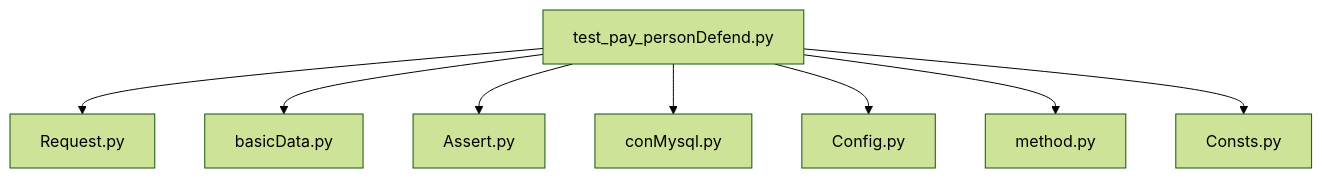
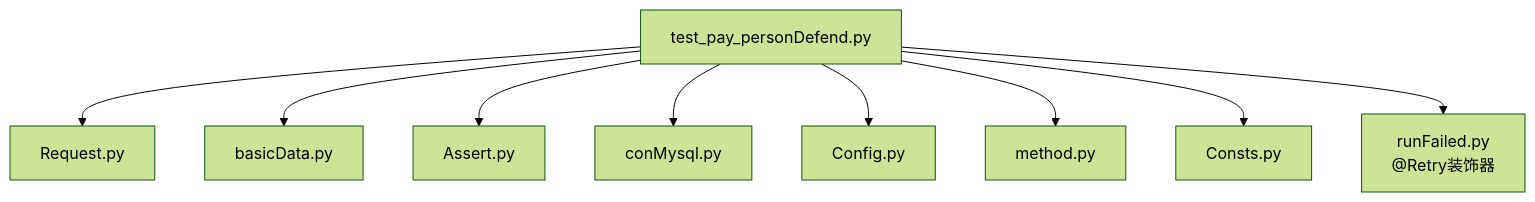
The seventh of 7 diagrams in .qoder/repowiki/zh/content/支付测试用例/房间支付测试/个人守护支付测试.md (liximing1-ola/qa-payTest), drawn with Mermaid (forest theme) before and after one commit. The commit also changed other lines of this file and 103 other files, not shown here.

````diff
--- a/.qoder/repowiki/zh/content/支付测试用例/房间支付测试/个人守护支付测试.md
+++ b/.qoder/repowiki/zh/content/支付测试用例/房间支付测试/个人守护支付测试.md
@@ -225,10 +269,11 @@
 ```mermaid
 graph TB
 TP["test_pay_personDefend.py"] --> REQ["Request.py"]
 TP --> BD["basicData.py"]
 TP --> AS["Assert.py"]
 TP --> CM["conMysql.py"]
 TP --> CFG["Config.py"]
 TP --> METH["method.py"]
 TP --> CST["Consts.py"]
+TP --> RF["runFailed.py<br/>@Retry装饰器"]
 ```
````
